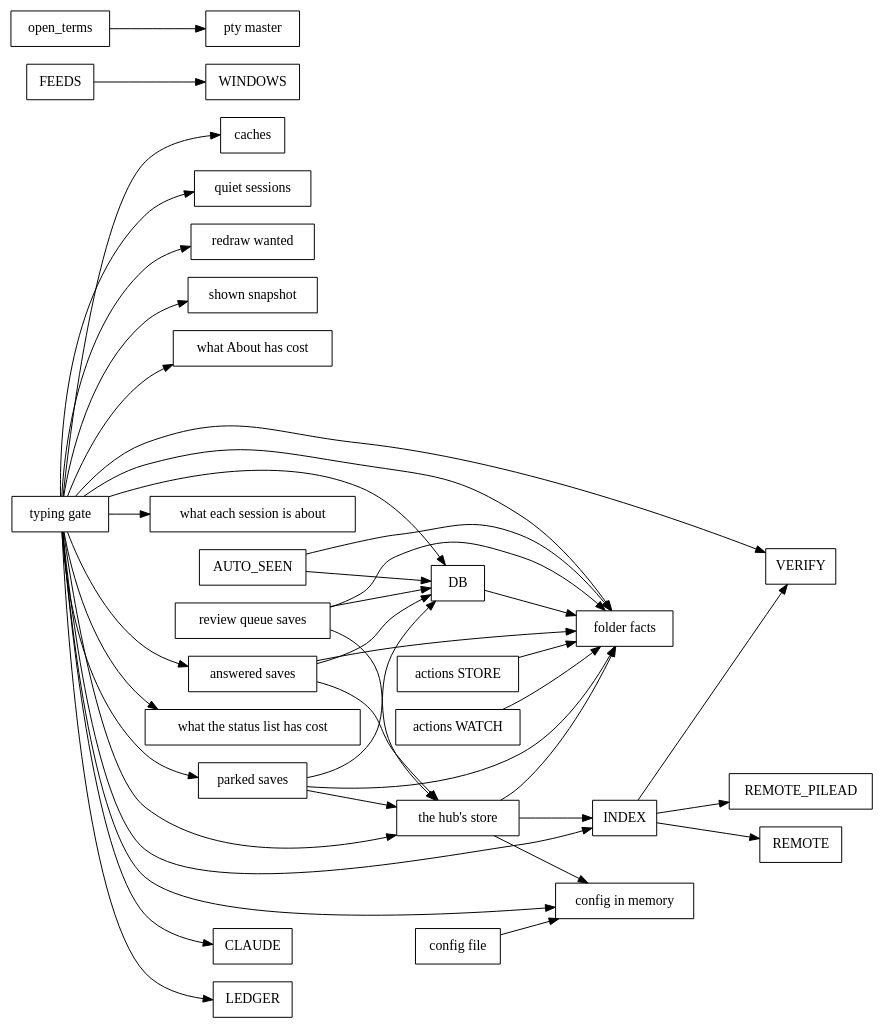
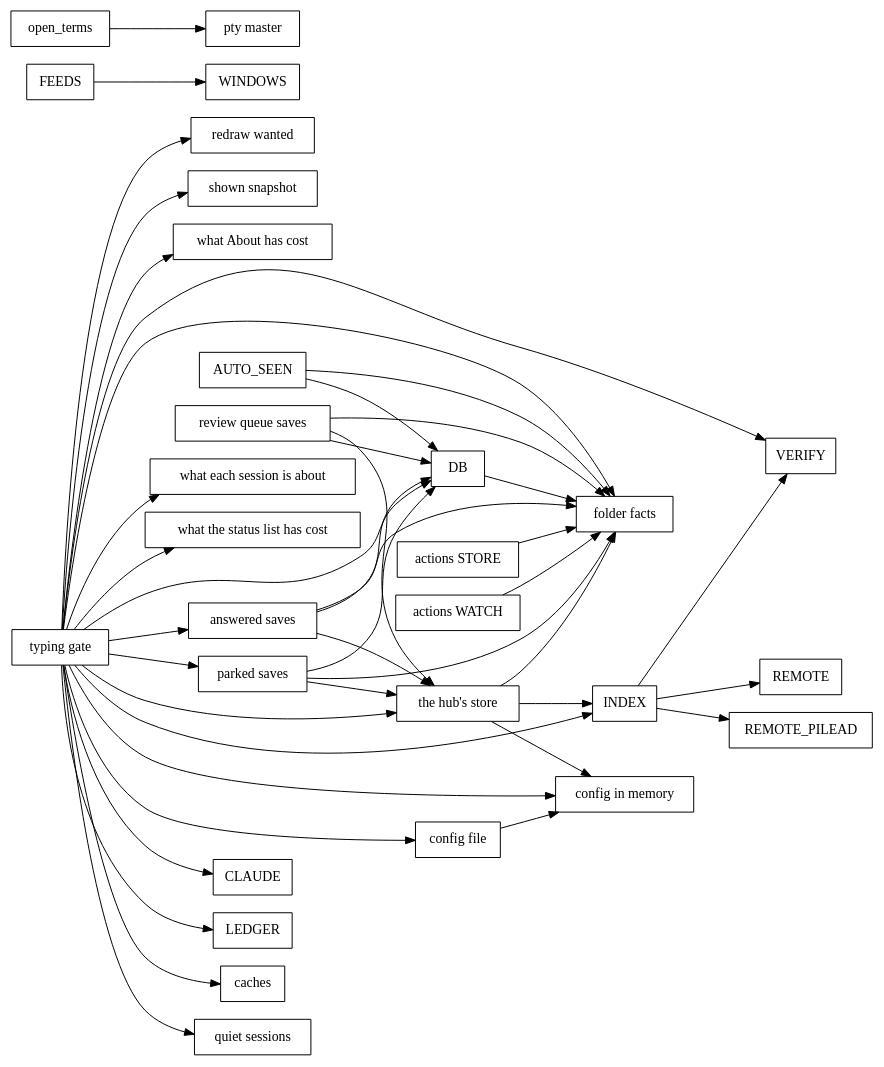
The diagram in docs/dev/lock-graph.dot (spacegrowth/cue), drawn with Graphviz before and after one commit. The commit also changed 15 other files, not shown here.

```diff
--- a/docs/dev/lock-graph.dot
+++ b/docs/dev/lock-graph.dot
@@ -1,45 +1,46 @@
 // Generated by `cargo run -p xtask -- inventory`; don't edit by hand.
 digraph locks {
   rankdir=LR;
   node [shape=box];
   "AUTO_SEEN" -> "DB";
   "AUTO_SEEN" -> "folder facts";
   "DB" -> "folder facts";
   "FEEDS" -> "WINDOWS";
   "INDEX" -> "REMOTE";
   "INDEX" -> "REMOTE_PILEAD";
   "INDEX" -> "VERIFY";
   "actions STORE" -> "folder facts";
   "actions WATCH" -> "folder facts";
   "answered saves" -> "DB";
   "answered saves" -> "folder facts";
   "answered saves" -> "the hub's store";
   "config file" -> "config in memory";
   "open_terms" -> "pty master";
   "parked saves" -> "DB";
   "parked saves" -> "folder facts";
   "parked saves" -> "the hub's store";
   "review queue saves" -> "DB";
   "review queue saves" -> "folder facts";
   "review queue saves" -> "the hub's store";
   "the hub's store" -> "INDEX";
   "the hub's store" -> "config in memory";
   "the hub's store" -> "folder facts";
   "typing gate" -> "CLAUDE";
   "typing gate" -> "DB";
   "typing gate" -> "INDEX";
   "typing gate" -> "LEDGER";
   "typing gate" -> "VERIFY";
   "typing gate" -> "answered saves";
   "typing gate" -> "caches";
+  "typing gate" -> "config file";
   "typing gate" -> "config in memory";
   "typing gate" -> "folder facts";
   "typing gate" -> "parked saves";
   "typing gate" -> "quiet sessions";
   "typing gate" -> "redraw wanted";
   "typing gate" -> "shown snapshot";
   "typing gate" -> "the hub's store";
   "typing gate" -> "what About has cost";
   "typing gate" -> "what each session is about";
   "typing gate" -> "what the status list has cost";
 }
```
